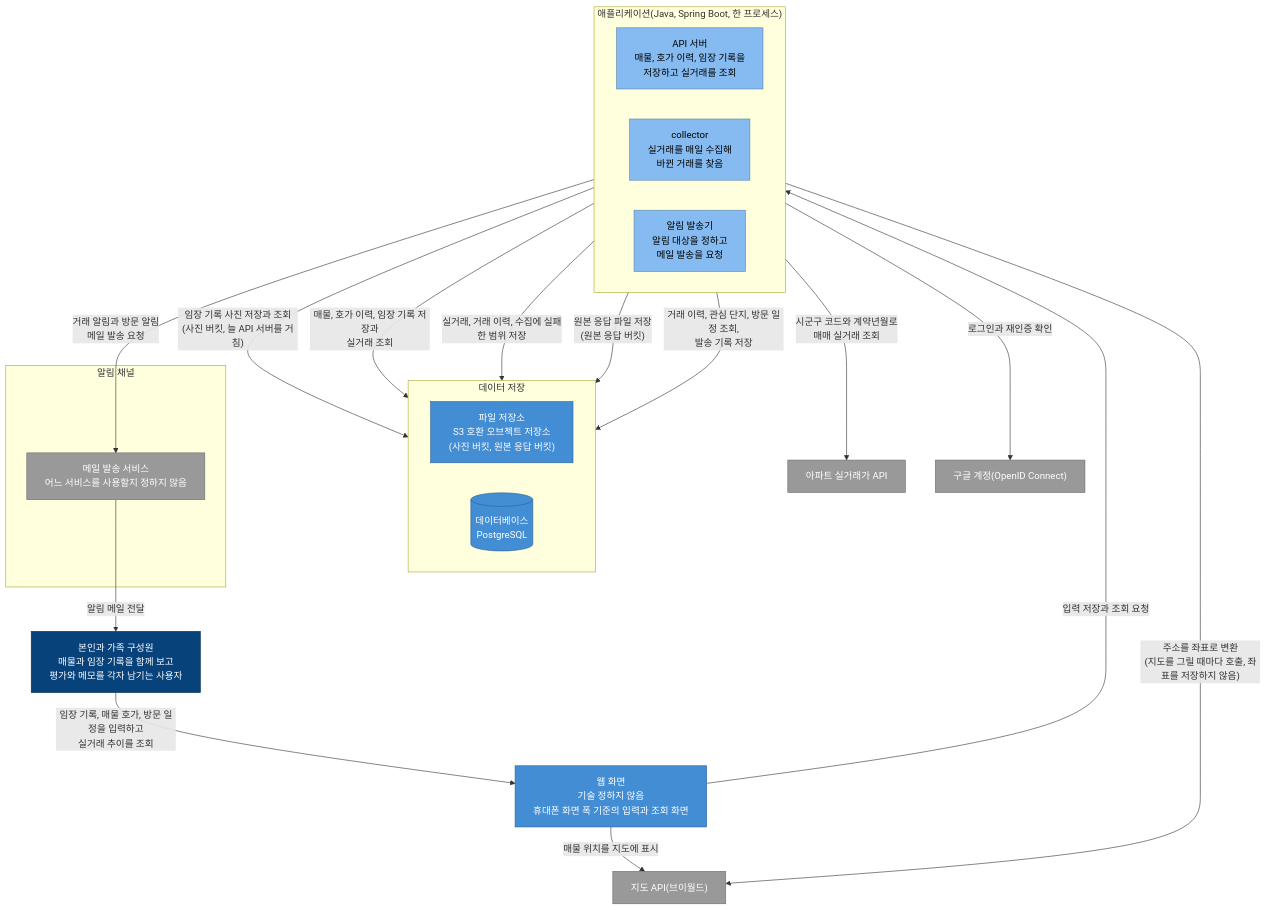
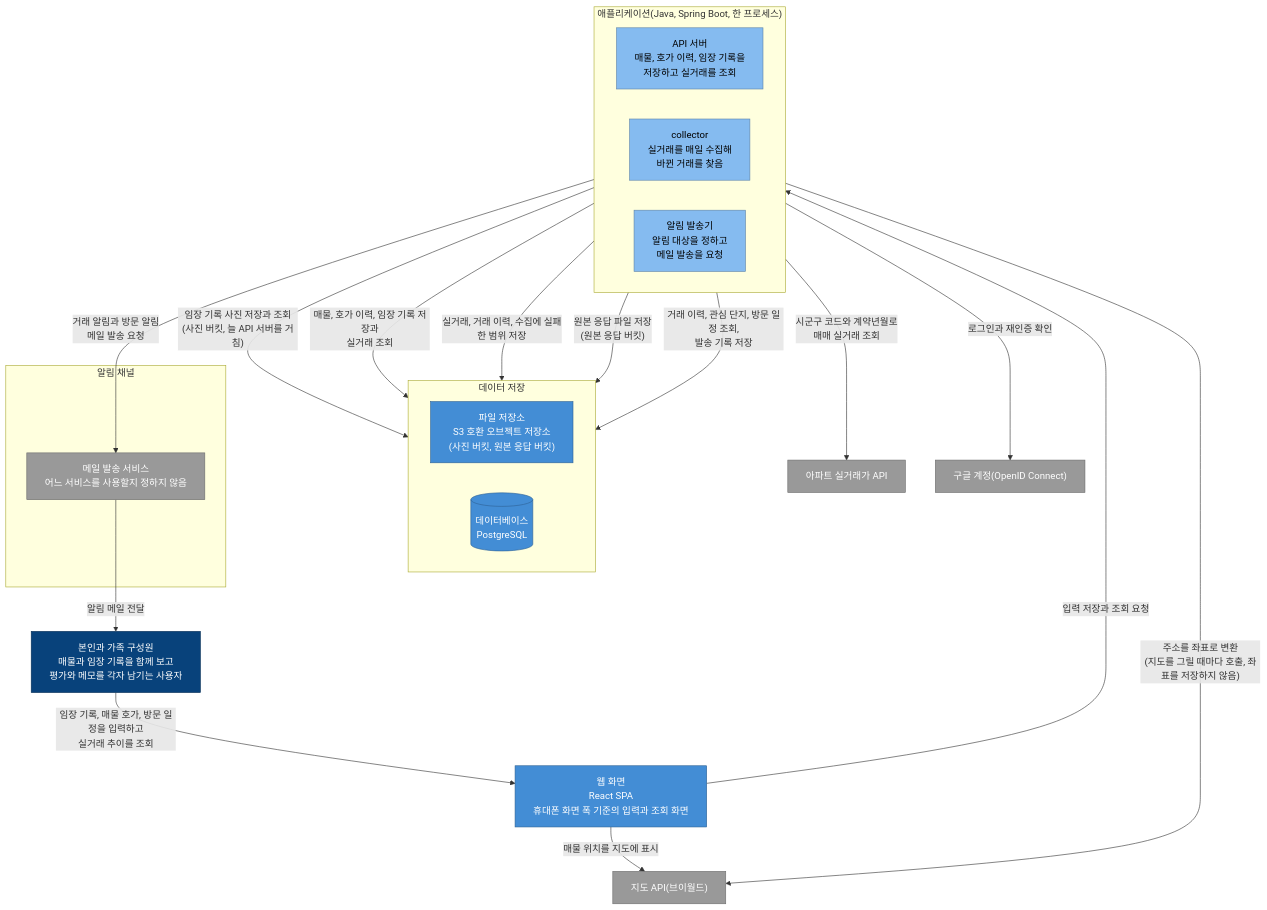
The first of 2 diagrams in docs/architecture/c4-container.md (Park-Seung-Hun/real-estate), drawn with Mermaid before and after one commit. The commit also changed other lines of this file and 6 other files, not shown here.

````diff
--- a/docs/architecture/c4-container.md
+++ b/docs/architecture/c4-container.md
@@ -15,50 +15,50 @@
 ```mermaid
 %%{init: {'flowchart': {'wrappingWidth': 260}}}%%
 flowchart TB
   users["본인과 가족 구성원<br/>매물과 임장 기록을 함께 보고<br/>평가와 메모를 각자 남기는 사용자"]
-  web["웹 화면<br/>기술 정하지 않음<br/>휴대폰 화면 폭 기준의 입력과 조회 화면"]
+  web["웹 화면<br/>React SPA<br/>휴대폰 화면 폭 기준의 입력과 조회 화면"]
   map["지도 API(브이월드)"]
 
   subgraph app["애플리케이션(Java, Spring Boot, 한 프로세스)"]
     direction LR
     api["API 서버<br/>매물, 호가 이력, 임장 기록을<br/>저장하고 실거래를 조회"]
     collector["collector<br/>실거래를 매일 수집해<br/>바뀐 거래를 찾음"]
     notifier["알림 발송기<br/>알림 대상을 정하고<br/>메일 발송을 요청"]
   end
 
   subgraph stores[데이터 저장]
     direction LR
     photo["파일 저장소<br/>S3 호환 오브젝트 저장소<br/>(사진 버킷, 원본 응답 버킷)"]
     db[("데이터베이스<br/>PostgreSQL")]
   end
 
   trade["아파트 실거래가 API"]
   google["구글 계정(OpenID Connect)"]
 
   subgraph channels[알림 채널]
     mail["메일 발송 서비스<br/>어느 서비스를 사용할지 정하지 않음"]
   end
 
   users -->|"임장 기록, 매물 호가, 방문 일정을 입력하고<br/>실거래 추이를 조회"| web
   web -->|"매물 위치를 지도에 표시"| map
   api -->|"주소를 좌표로 변환<br/>(지도를 그릴 때마다 호출, 좌표를 저장하지 않음)"| map
   web -->|"입력 저장과 조회 요청"| api
   api -->|"임장 기록 사진 저장과 조회<br/>(사진 버킷, 늘 API 서버를 거침)"| photo
   api -->|"매물, 호가 이력, 임장 기록 저장과<br/>실거래 조회"| db
   collector -->|"실거래, 거래 이력, 수집에 실패한 범위 저장"| db
   collector -->|"원본 응답 파일 저장<br/>(원본 응답 버킷)"| photo
   api -->|"로그인과 재인증 확인"| google
   collector -->|"시군구 코드와 계약년월로<br/>매매 실거래 조회"| trade
   notifier -->|"거래 이력, 관심 단지, 방문 일정 조회,<br/>발송 기록 저장"| db
   notifier -->|"거래 알림과 방문 알림<br/>메일 발송 요청"| mail
   mail -->|"알림 메일 전달"| users
 
   classDef person fill:#08427b,stroke:#052e56,color:#fff
   classDef container fill:#438dd5,stroke:#2e6295,color:#fff
   classDef module fill:#85bbf0,stroke:#5d82a8,color:#000
   classDef ext fill:#999999,stroke:#6b6b6b,color:#fff
   class users person
   class web,db,photo container
   class api,collector,notifier module
   class map,trade,mail,google ext
 ```
````
